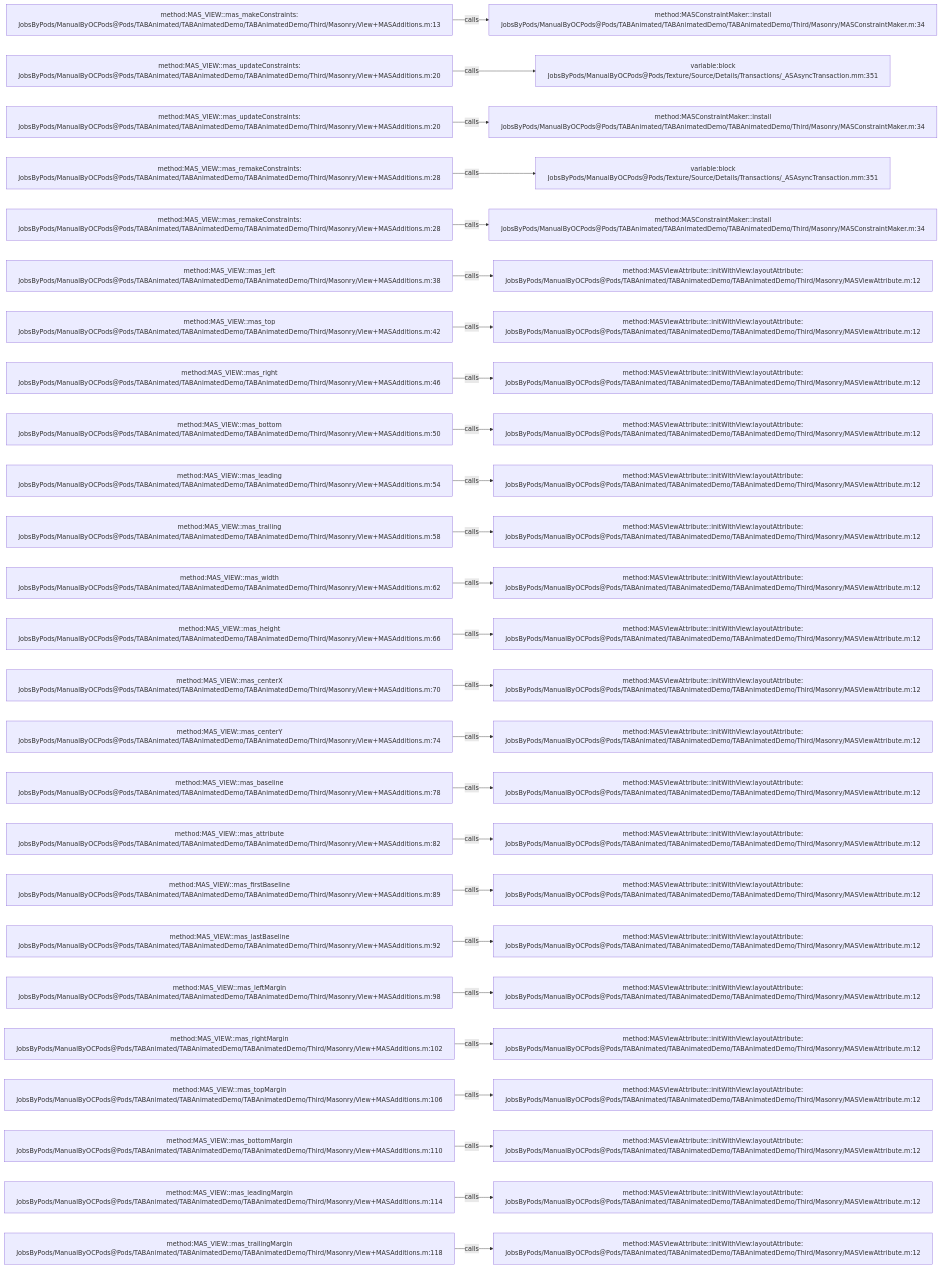
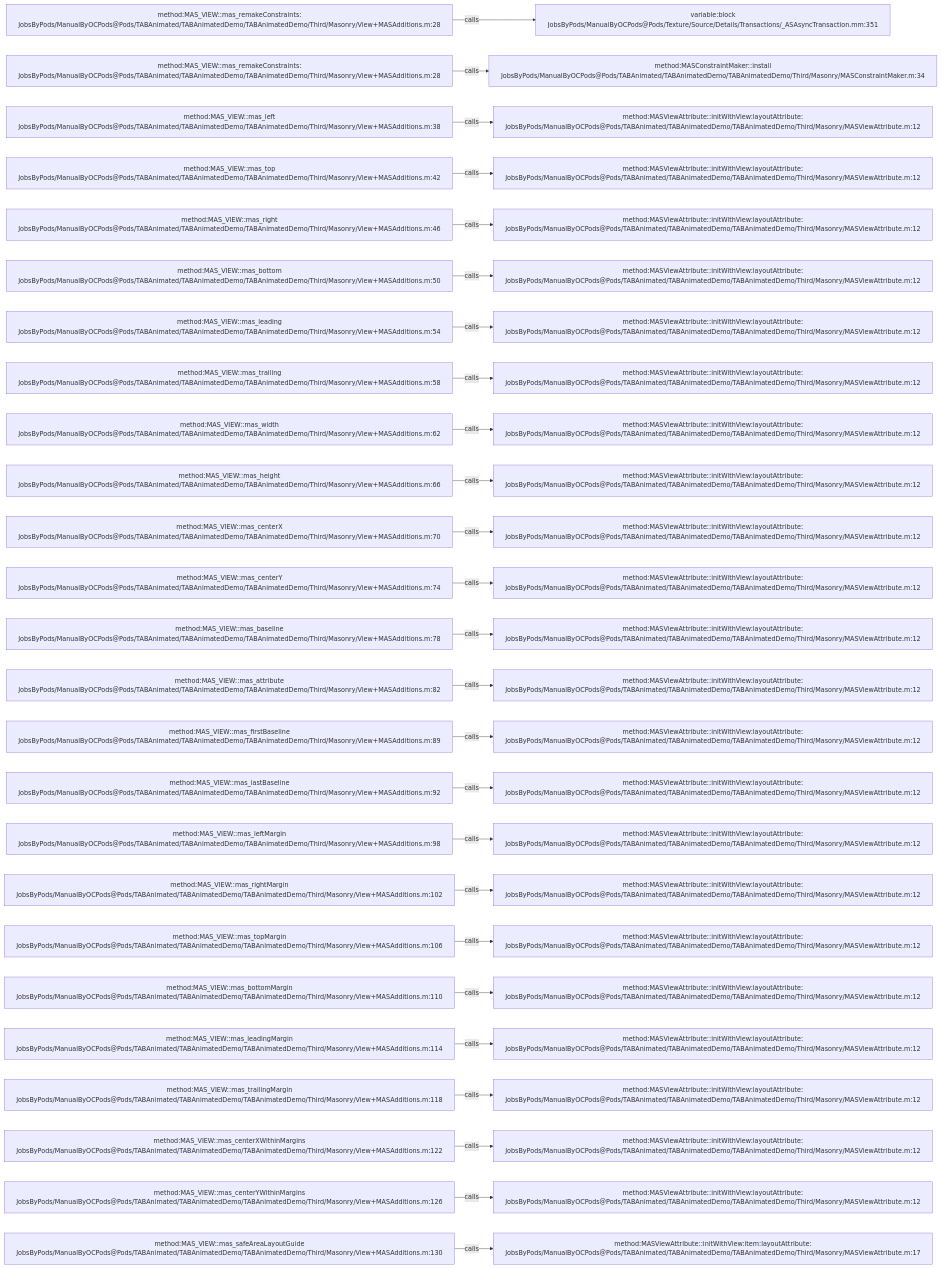
One commit to JobsKits/JobsOCBaseConfigDemo changed the diagram in .codegraph/codegraph.md/graphs/calls-048.md. Above: the diagram before and after it, drawn with Mermaid. The commit also changed 342 other files, not shown here.

````diff
--- a/.codegraph/codegraph.md/graphs/calls-048.md
+++ b/.codegraph/codegraph.md/graphs/calls-048.md
@@ -13,78 +13,78 @@
 ```mermaid
 flowchart LR
-  S1["method:MAS_VIEW::mas_makeConstraints:<br/>JobsByPods/ManualByOCPods@Pods/TABAnimated/TABAnimatedDemo/TABAnimatedDemo/Third/Masonry/View+MASAdditions.m:13"]
-  T1["method:MASConstraintMaker::install<br/>JobsByPods/ManualByOCPods@Pods/TABAnimated/TABAnimatedDemo/TABAnimatedDemo/Third/Masonry/MASConstraintMaker.m:34"]
+  S1["method:MAS_VIEW::mas_remakeConstraints:<br/>JobsByPods/ManualByOCPods@Pods/TABAnimated/TABAnimatedDemo/TABAnimatedDemo/Third/Masonry/View+MASAdditions.m:28"]
+  T1["variable:block<br/>JobsByPods/ManualByOCPods@Pods/Texture/Source/Details/Transactions/_ASAsyncTransaction.mm:351"]
   S1 -->|calls| T1
-  S2["method:MAS_VIEW::mas_updateConstraints:<br/>JobsByPods/ManualByOCPods@Pods/TABAnimated/TABAnimatedDemo/TABAnimatedDemo/Third/Masonry/View+MASAdditions.m:20"]
-  T2["variable:block<br/>JobsByPods/ManualByOCPods@Pods/Texture/Source/Details/Transactions/_ASAsyncTransaction.mm:351"]
+  S2["method:MAS_VIEW::mas_remakeConstraints:<br/>JobsByPods/ManualByOCPods@Pods/TABAnimated/TABAnimatedDemo/TABAnimatedDemo/Third/Masonry/View+MASAdditions.m:28"]
+  T2["method:MASConstraintMaker::install<br/>JobsByPods/ManualByOCPods@Pods/TABAnimated/TABAnimatedDemo/TABAnimatedDemo/Third/Masonry/MASConstraintMaker.m:34"]
   S2 -->|calls| T2
-  S3["method:MAS_VIEW::mas_updateConstraints:<br/>JobsByPods/ManualByOCPods@Pods/TABAnimated/TABAnimatedDemo/TABAnimatedDemo/Third/Masonry/View+MASAdditions.m:20"]
-  T3["method:MASConstraintMaker::install<br/>JobsByPods/ManualByOCPods@Pods/TABAnimated/TABAnimatedDemo/TABAnimatedDemo/Third/Masonry/MASConstraintMaker.m:34"]
+  S3["method:MAS_VIEW::mas_left<br/>JobsByPods/ManualByOCPods@Pods/TABAnimated/TABAnimatedDemo/TABAnimatedDemo/Third/Masonry/View+MASAdditions.m:38"]
+  T3["method:MASViewAttribute::initWithView:layoutAttribute:<br/>JobsByPods/ManualByOCPods@Pods/TABAnimated/TABAnimatedDemo/TABAnimatedDemo/Third/Masonry/MASViewAttribute.m:12"]
   S3 -->|calls| T3
-  S4["method:MAS_VIEW::mas_remakeConstraints:<br/>JobsByPods/ManualByOCPods@Pods/TABAnimated/TABAnimatedDemo/TABAnimatedDemo/Third/Masonry/View+MASAdditions.m:28"]
-  T4["variable:block<br/>JobsByPods/ManualByOCPods@Pods/Texture/Source/Details/Transactions/_ASAsyncTransaction.mm:351"]
+  S4["method:MAS_VIEW::mas_top<br/>JobsByPods/ManualByOCPods@Pods/TABAnimated/TABAnimatedDemo/TABAnimatedDemo/Third/Masonry/View+MASAdditions.m:42"]
+  T4["method:MASViewAttribute::initWithView:layoutAttribute:<br/>JobsByPods/ManualByOCPods@Pods/TABAnimated/TABAnimatedDemo/TABAnimatedDemo/Third/Masonry/MASViewAttribute.m:12"]
   S4 -->|calls| T4
-  S5["method:MAS_VIEW::mas_remakeConstraints:<br/>JobsByPods/ManualByOCPods@Pods/TABAnimated/TABAnimatedDemo/TABAnimatedDemo/Third/Masonry/View+MASAdditions.m:28"]
-  T5["method:MASConstraintMaker::install<br/>JobsByPods/ManualByOCPods@Pods/TABAnimated/TABAnimatedDemo/TABAnimatedDemo/Third/Masonry/MASConstraintMaker.m:34"]
+  S5["method:MAS_VIEW::mas_right<br/>JobsByPods/ManualByOCPods@Pods/TABAnimated/TABAnimatedDemo/TABAnimatedDemo/Third/Masonry/View+MASAdditions.m:46"]
+  T5["method:MASViewAttribute::initWithView:layoutAttribute:<br/>JobsByPods/ManualByOCPods@Pods/TABAnimated/TABAnimatedDemo/TABAnimatedDemo/Third/Masonry/MASViewAttribute.m:12"]
   S5 -->|calls| T5
-  S6["method:MAS_VIEW::mas_left<br/>JobsByPods/ManualByOCPods@Pods/TABAnimated/TABAnimatedDemo/TABAnimatedDemo/Third/Masonry/View+MASAdditions.m:38"]
+  S6["method:MAS_VIEW::mas_bottom<br/>JobsByPods/ManualByOCPods@Pods/TABAnimated/TABAnimatedDemo/TABAnimatedDemo/Third/Masonry/View+MASAdditions.m:50"]
   T6["method:MASViewAttribute::initWithView:layoutAttribute:<br/>JobsByPods/ManualByOCPods@Pods/TABAnimated/TABAnimatedDemo/TABAnimatedDemo/Third/Masonry/MASViewAttribute.m:12"]
   S6 -->|calls| T6
-  S7["method:MAS_VIEW::mas_top<br/>JobsByPods/ManualByOCPods@Pods/TABAnimated/TABAnimatedDemo/TABAnimatedDemo/Third/Masonry/View+MASAdditions.m:42"]
+  S7["method:MAS_VIEW::mas_leading<br/>JobsByPods/ManualByOCPods@Pods/TABAnimated/TABAnimatedDemo/TABAnimatedDemo/Third/Masonry/View+MASAdditions.m:54"]
   T7["method:MASViewAttribute::initWithView:layoutAttribute:<br/>JobsByPods/ManualByOCPods@Pods/TABAnimated/TABAnimatedDemo/TABAnimatedDemo/Third/Masonry/MASViewAttribute.m:12"]
   S7 -->|calls| T7
-  S8["method:MAS_VIEW::mas_right<br/>JobsByPods/ManualByOCPods@Pods/TABAnimated/TABAnimatedDemo/TABAnimatedDemo/Third/Masonry/View+MASAdditions.m:46"]
+  S8["method:MAS_VIEW::mas_trailing<br/>JobsByPods/ManualByOCPods@Pods/TABAnimated/TABAnimatedDemo/TABAnimatedDemo/Third/Masonry/View+MASAdditions.m:58"]
   T8["method:MASViewAttribute::initWithView:layoutAttribute:<br/>JobsByPods/ManualByOCPods@Pods/TABAnimated/TABAnimatedDemo/TABAnimatedDemo/Third/Masonry/MASViewAttribute.m:12"]
   S8 -->|calls| T8
-  S9["method:MAS_VIEW::mas_bottom<br/>JobsByPods/ManualByOCPods@Pods/TABAnimated/TABAnimatedDemo/TABAnimatedDemo/Third/Masonry/View+MASAdditions.m:50"]
+  S9["method:MAS_VIEW::mas_width<br/>JobsByPods/ManualByOCPods@Pods/TABAnimated/TABAnimatedDemo/TABAnimatedDemo/Third/Masonry/View+MASAdditions.m:62"]
   T9["method:MASViewAttribute::initWithView:layoutAttribute:<br/>JobsByPods/ManualByOCPods@Pods/TABAnimated/TABAnimatedDemo/TABAnimatedDemo/Third/Masonry/MASViewAttribute.m:12"]
   S9 -->|calls| T9
-  S10["method:MAS_VIEW::mas_leading<br/>JobsByPods/ManualByOCPods@Pods/TABAnimated/TABAnimatedDemo/TABAnimatedDemo/Third/Masonry/View+MASAdditions.m:54"]
+  S10["method:MAS_VIEW::mas_height<br/>JobsByPods/ManualByOCPods@Pods/TABAnimated/TABAnimatedDemo/TABAnimatedDemo/Third/Masonry/View+MASAdditions.m:66"]
   T10["method:MASViewAttribute::initWithView:layoutAttribute:<br/>JobsByPods/ManualByOCPods@Pods/TABAnimated/TABAnimatedDemo/TABAnimatedDemo/Third/Masonry/MASViewAttribute.m:12"]
   S10 -->|calls| T10
-  S11["method:MAS_VIEW::mas_trailing<br/>JobsByPods/ManualByOCPods@Pods/TABAnimated/TABAnimatedDemo/TABAnimatedDemo/Third/Masonry/View+MASAdditions.m:58"]
+  S11["method:MAS_VIEW::mas_centerX<br/>JobsByPods/ManualByOCPods@Pods/TABAnimated/TABAnimatedDemo/TABAnimatedDemo/Third/Masonry/View+MASAdditions.m:70"]
   T11["method:MASViewAttribute::initWithView:layoutAttribute:<br/>JobsByPods/ManualByOCPods@Pods/TABAnimated/TABAnimatedDemo/TABAnimatedDemo/Third/Masonry/MASViewAttribute.m:12"]
   S11 -->|calls| T11
-  S12["method:MAS_VIEW::mas_width<br/>JobsByPods/ManualByOCPods@Pods/TABAnimated/TABAnimatedDemo/TABAnimatedDemo/Third/Masonry/View+MASAdditions.m:62"]
+  S12["method:MAS_VIEW::mas_centerY<br/>JobsByPods/ManualByOCPods@Pods/TABAnimated/TABAnimatedDemo/TABAnimatedDemo/Third/Masonry/View+MASAdditions.m:74"]
   T12["method:MASViewAttribute::initWithView:layoutAttribute:<br/>JobsByPods/ManualByOCPods@Pods/TABAnimated/TABAnimatedDemo/TABAnimatedDemo/Third/Masonry/MASViewAttribute.m:12"]
   S12 -->|calls| T12
-  S13["method:MAS_VIEW::mas_height<br/>JobsByPods/ManualByOCPods@Pods/TABAnimated/TABAnimatedDemo/TABAnimatedDemo/Third/Masonry/View+MASAdditions.m:66"]
+  S13["method:MAS_VIEW::mas_baseline<br/>JobsByPods/ManualByOCPods@Pods/TABAnimated/TABAnimatedDemo/TABAnimatedDemo/Third/Masonry/View+MASAdditions.m:78"]
   T13["method:MASViewAttribute::initWithView:layoutAttribute:<br/>JobsByPods/ManualByOCPods@Pods/TABAnimated/TABAnimatedDemo/TABAnimatedDemo/Third/Masonry/MASViewAttribute.m:12"]
   S13 -->|calls| T13
-  S14["method:MAS_VIEW::mas_centerX<br/>JobsByPods/ManualByOCPods@Pods/TABAnimated/TABAnimatedDemo/TABAnimatedDemo/Third/Masonry/View+MASAdditions.m:70"]
+  S14["method:MAS_VIEW::mas_attribute<br/>JobsByPods/ManualByOCPods@Pods/TABAnimated/TABAnimatedDemo/TABAnimatedDemo/Third/Masonry/View+MASAdditions.m:82"]
   T14["method:MASViewAttribute::initWithView:layoutAttribute:<br/>JobsByPods/ManualByOCPods@Pods/TABAnimated/TABAnimatedDemo/TABAnimatedDemo/Third/Masonry/MASViewAttribute.m:12"]
   S14 -->|calls| T14
-  S15["method:MAS_VIEW::mas_centerY<br/>JobsByPods/ManualByOCPods@Pods/TABAnimated/TABAnimatedDemo/TABAnimatedDemo/Third/Masonry/View+MASAdditions.m:74"]
+  S15["method:MAS_VIEW::mas_firstBaseline<br/>JobsByPods/ManualByOCPods@Pods/TABAnimated/TABAnimatedDemo/TABAnimatedDemo/Third/Masonry/View+MASAdditions.m:89"]
   T15["method:MASViewAttribute::initWithView:layoutAttribute:<br/>JobsByPods/ManualByOCPods@Pods/TABAnimated/TABAnimatedDemo/TABAnimatedDemo/Third/Masonry/MASViewAttribute.m:12"]
   S15 -->|calls| T15
-  S16["method:MAS_VIEW::mas_baseline<br/>JobsByPods/ManualByOCPods@Pods/TABAnimated/TABAnimatedDemo/TABAnimatedDemo/Third/Masonry/View+MASAdditions.m:78"]
+  S16["method:MAS_VIEW::mas_lastBaseline<br/>JobsByPods/ManualByOCPods@Pods/TABAnimated/TABAnimatedDemo/TABAnimatedDemo/Third/Masonry/View+MASAdditions.m:92"]
   T16["method:MASViewAttribute::initWithView:layoutAttribute:<br/>JobsByPods/ManualByOCPods@Pods/TABAnimated/TABAnimatedDemo/TABAnimatedDemo/Third/Masonry/MASViewAttribute.m:12"]
   S16 -->|calls| T16
-  S17["method:MAS_VIEW::mas_attribute<br/>JobsByPods/ManualByOCPods@Pods/TABAnimated/TABAnimatedDemo/TABAnimatedDemo/Third/Masonry/View+MASAdditions.m:82"]
+  S17["method:MAS_VIEW::mas_leftMargin<br/>JobsByPods/ManualByOCPods@Pods/TABAnimated/TABAnimatedDemo/TABAnimatedDemo/Third/Masonry/View+MASAdditions.m:98"]
   T17["method:MASViewAttribute::initWithView:layoutAttribute:<br/>JobsByPods/ManualByOCPods@Pods/TABAnimated/TABAnimatedDemo/TABAnimatedDemo/Third/Masonry/MASViewAttribute.m:12"]
   S17 -->|calls| T17
-  S18["method:MAS_VIEW::mas_firstBaseline<br/>JobsByPods/ManualByOCPods@Pods/TABAnimated/TABAnimatedDemo/TABAnimatedDemo/Third/Masonry/View+MASAdditions.m:89"]
+  S18["method:MAS_VIEW::mas_rightMargin<br/>JobsByPods/ManualByOCPods@Pods/TABAnimated/TABAnimatedDemo/TABAnimatedDemo/Third/Masonry/View+MASAdditions.m:102"]
   T18["method:MASViewAttribute::initWithView:layoutAttribute:<br/>JobsByPods/ManualByOCPods@Pods/TABAnimated/TABAnimatedDemo/TABAnimatedDemo/Third/Masonry/MASViewAttribute.m:12"]
   S18 -->|calls| T18
-  S19["method:MAS_VIEW::mas_lastBaseline<br/>JobsByPods/ManualByOCPods@Pods/TABAnimated/TABAnimatedDemo/TABAnimatedDemo/Third/Masonry/View+MASAdditions.m:92"]
+  S19["method:MAS_VIEW::mas_topMargin<br/>JobsByPods/ManualByOCPods@Pods/TABAnimated/TABAnimatedDemo/TABAnimatedDemo/Third/Masonry/View+MASAdditions.m:106"]
   T19["method:MASViewAttribute::initWithView:layoutAttribute:<br/>JobsByPods/ManualByOCPods@Pods/TABAnimated/TABAnimatedDemo/TABAnimatedDemo/Third/Masonry/MASViewAttribute.m:12"]
   S19 -->|calls| T19
-  S20["method:MAS_VIEW::mas_leftMargin<br/>JobsByPods/ManualByOCPods@Pods/TABAnimated/TABAnimatedDemo/TABAnimatedDemo/Third/Masonry/View+MASAdditions.m:98"]
+  S20["method:MAS_VIEW::mas_bottomMargin<br/>JobsByPods/ManualByOCPods@Pods/TABAnimated/TABAnimatedDemo/TABAnimatedDemo/Third/Masonry/View+MASAdditions.m:110"]
   T20["method:MASViewAttribute::initWithView:layoutAttribute:<br/>JobsByPods/ManualByOCPods@Pods/TABAnimated/TABAnimatedDemo/TABAnimatedDemo/Third/Masonry/MASViewAttribute.m:12"]
   S20 -->|calls| T20
-  S21["method:MAS_VIEW::mas_rightMargin<br/>JobsByPods/ManualByOCPods@Pods/TABAnimated/TABAnimatedDemo/TABAnimatedDemo/Third/Masonry/View+MASAdditions.m:102"]
+  S21["method:MAS_VIEW::mas_leadingMargin<br/>JobsByPods/ManualByOCPods@Pods/TABAnimated/TABAnimatedDemo/TABAnimatedDemo/Third/Masonry/View+MASAdditions.m:114"]
   T21["method:MASViewAttribute::initWithView:layoutAttribute:<br/>JobsByPods/ManualByOCPods@Pods/TABAnimated/TABAnimatedDemo/TABAnimatedDemo/Third/Masonry/MASViewAttribute.m:12"]
   S21 -->|calls| T21
-  S22["method:MAS_VIEW::mas_topMargin<br/>JobsByPods/ManualByOCPods@Pods/TABAnimated/TABAnimatedDemo/TABAnimatedDemo/Third/Masonry/View+MASAdditions.m:106"]
+  S22["method:MAS_VIEW::mas_trailingMargin<br/>JobsByPods/ManualByOCPods@Pods/TABAnimated/TABAnimatedDemo/TABAnimatedDemo/Third/Masonry/View+MASAdditions.m:118"]
   T22["method:MASViewAttribute::initWithView:layoutAttribute:<br/>JobsByPods/ManualByOCPods@Pods/TABAnimated/TABAnimatedDemo/TABAnimatedDemo/Third/Masonry/MASViewAttribute.m:12"]
   S22 -->|calls| T22
-  S23["method:MAS_VIEW::mas_bottomMargin<br/>JobsByPods/ManualByOCPods@Pods/TABAnimated/TABAnimatedDemo/TABAnimatedDemo/Third/Masonry/View+MASAdditions.m:110"]
+  S23["method:MAS_VIEW::mas_centerXWithinMargins<br/>JobsByPods/ManualByOCPods@Pods/TABAnimated/TABAnimatedDemo/TABAnimatedDemo/Third/Masonry/View+MASAdditions.m:122"]
   T23["method:MASViewAttribute::initWithView:layoutAttribute:<br/>JobsByPods/ManualByOCPods@Pods/TABAnimated/TABAnimatedDemo/TABAnimatedDemo/Third/Masonry/MASViewAttribute.m:12"]
   S23 -->|calls| T23
-  S24["method:MAS_VIEW::mas_leadingMargin<br/>JobsByPods/ManualByOCPods@Pods/TABAnimated/TABAnimatedDemo/TABAnimatedDemo/Third/Masonry/View+MASAdditions.m:114"]
+  S24["method:MAS_VIEW::mas_centerYWithinMargins<br/>JobsByPods/ManualByOCPods@Pods/TABAnimated/TABAnimatedDemo/TABAnimatedDemo/Third/Masonry/View+MASAdditions.m:126"]
   T24["method:MASViewAttribute::initWithView:layoutAttribute:<br/>JobsByPods/ManualByOCPods@Pods/TABAnimated/TABAnimatedDemo/TABAnimatedDemo/Third/Masonry/MASViewAttribute.m:12"]
   S24 -->|calls| T24
-  S25["method:MAS_VIEW::mas_trailingMargin<br/>JobsByPods/ManualByOCPods@Pods/TABAnimated/TABAnimatedDemo/TABAnimatedDemo/Third/Masonry/View+MASAdditions.m:118"]
-  T25["method:MASViewAttribute::initWithView:layoutAttribute:<br/>JobsByPods/ManualByOCPods@Pods/TABAnimated/TABAnimatedDemo/TABAnimatedDemo/Third/Masonry/MASViewAttribute.m:12"]
+  S25["method:MAS_VIEW::mas_safeAreaLayoutGuide<br/>JobsByPods/ManualByOCPods@Pods/TABAnimated/TABAnimatedDemo/TABAnimatedDemo/Third/Masonry/View+MASAdditions.m:130"]
+  T25["method:MASViewAttribute::initWithView:item:layoutAttribute:<br/>JobsByPods/ManualByOCPods@Pods/TABAnimated/TABAnimatedDemo/TABAnimatedDemo/Third/Masonry/MASViewAttribute.m:17"]
   S25 -->|calls| T25
 ```
````
